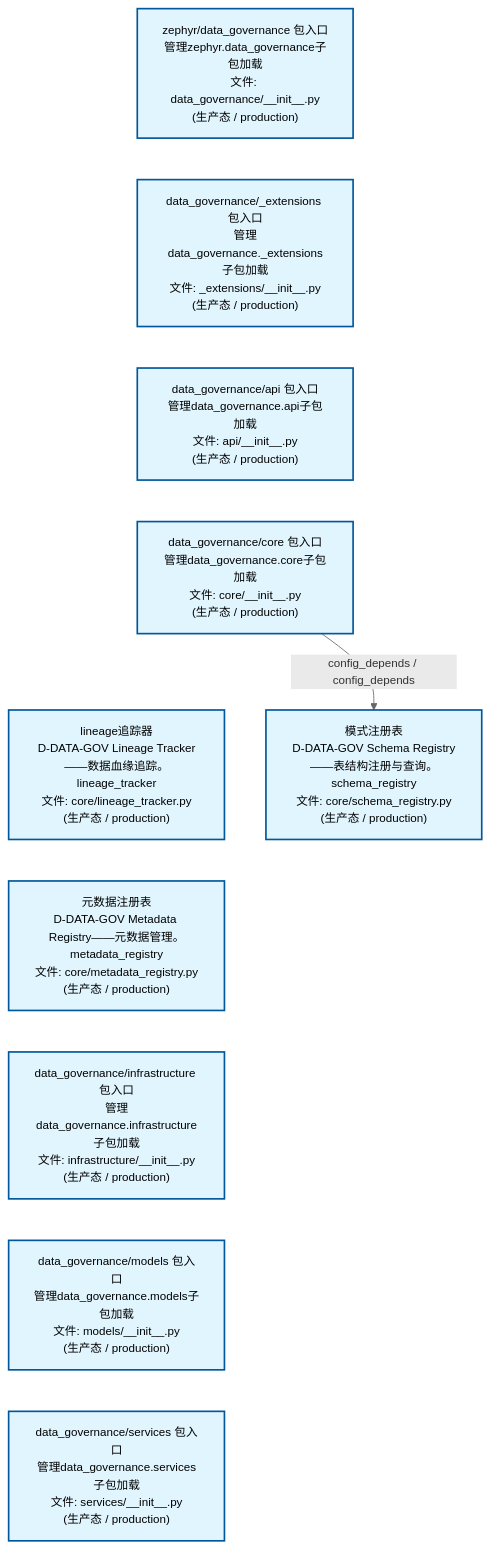
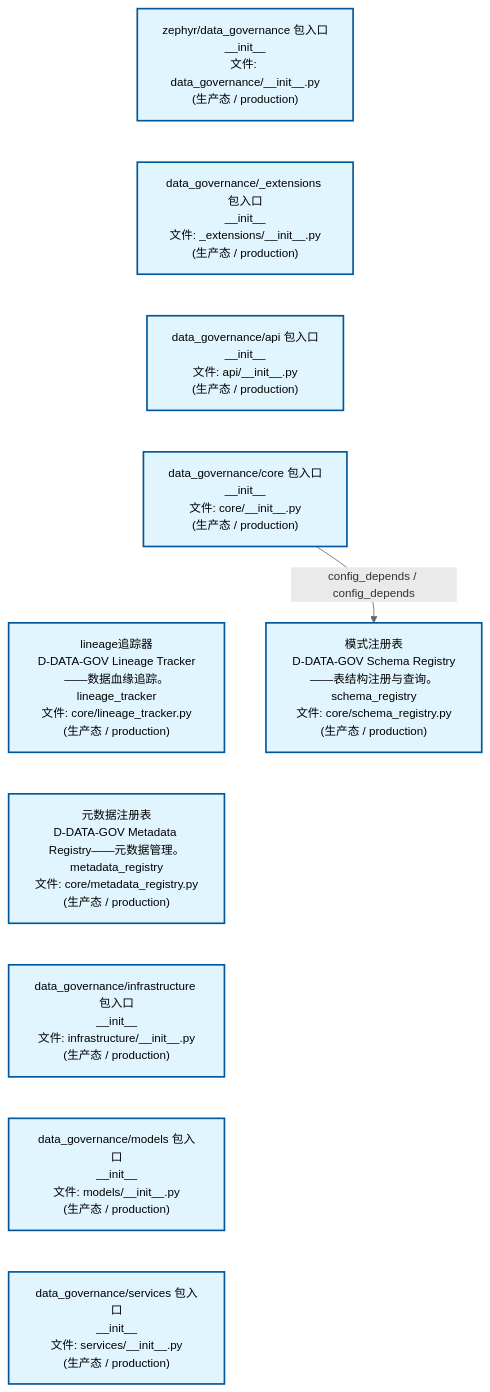
Before and after one commit to xuanFelixVan/ZephyrAlpha: the first of 2 diagrams in docs/02_enterprise_architecture/02_domain_architecture_docs/13_d_data_gov.md, drawn with Mermaid. The commit also changed other lines of this file and 56 other files, not shown here.

````diff
--- a/docs/02_enterprise_architecture/02_domain_architecture_docs/13_d_data_gov.md
+++ b/docs/02_enterprise_architecture/02_domain_architecture_docs/13_d_data_gov.md
@@ -53,28 +53,28 @@
 ```mermaid
 %%{init: {'theme': 'base', 'themeVariables': {'primaryColor': '#eaeaea', 'primaryTextColor': '#333333', 'primaryBorderColor': '#666666', 'lineColor': '#666666', 'secondaryColor': '#eaeaea', 'tertiaryColor': '#eaeaea', 'fontSize': '14px'}}}%%
 flowchart TD
-    src_zephyr_data_governance_init_py["zephyr/data_governance 包入口<br/>管理zephyr.data_governance子包加载<br/>文件: data_governance/__init__.py<br/>(生产态 / production)"]
-    src_zephyr_data_governance_extensions_init_py["data_governance/_extensions 包入口<br/>管理data_governance._extensions子包加载<br/>文件: _extensions/__init__.py<br/>(生产态 / production)"]
-    src_zephyr_data_governance_api_init_py["data_governance/api 包入口<br/>管理data_governance.api子包加载<br/>文件: api/__init__.py<br/>(生产态 / production)"]
-    src_zephyr_data_governance_core_init_py["data_governance/core 包入口<br/>管理data_governance.core子包加载<br/>文件: core/__init__.py<br/>(生产态 / production)"]
+    src_zephyr_data_governance_init_py["zephyr/data_governance 包入口<br/>__init__<br/>文件: data_governance/__init__.py<br/>(生产态 / production)"]
+    src_zephyr_data_governance_extensions_init_py["data_governance/_extensions 包入口<br/>__init__<br/>文件: _extensions/__init__.py<br/>(生产态 / production)"]
+    src_zephyr_data_governance_api_init_py["data_governance/api 包入口<br/>__init__<br/>文件: api/__init__.py<br/>(生产态 / production)"]
+    src_zephyr_data_governance_core_init_py["data_governance/core 包入口<br/>__init__<br/>文件: core/__init__.py<br/>(生产态 / production)"]
     src_zephyr_data_governance_core_lineage_tracker_py["lineage追踪器<br/>D-DATA-GOV Lineage Tracker——数据血缘追踪。<br/>lineage_tracker<br/>文件: core/lineage_tracker.py<br/>(生产态 / production)"]
     src_zephyr_data_governance_core_metadata_registry_py["元数据注册表<br/>D-DATA-GOV Metadata Registry——元数据管理。<br/>metadata_registry<br/>文件: core/metadata_registry.py<br/>(生产态 / production)"]
-    src_zephyr_data_governance_infrastructure_init_py["data_governance/infrastructure 包入口<br/>管理data_governance.infrastructure子包加载<br/>文件: infrastructure/__init__.py<br/>(生产态 / production)"]
-    src_zephyr_data_governance_models_init_py["data_governance/models 包入口<br/>管理data_governance.models子包加载<br/>文件: models/__init__.py<br/>(生产态 / production)"]
-    src_zephyr_data_governance_services_init_py["data_governance/services 包入口<br/>管理data_governance.services子包加载<br/>文件: services/__init__.py<br/>(生产态 / production)"]
+    src_zephyr_data_governance_infrastructure_init_py["data_governance/infrastructure 包入口<br/>__init__<br/>文件: infrastructure/__init__.py<br/>(生产态 / production)"]
+    src_zephyr_data_governance_models_init_py["data_governance/models 包入口<br/>__init__<br/>文件: models/__init__.py<br/>(生产态 / production)"]
+    src_zephyr_data_governance_services_init_py["data_governance/services 包入口<br/>__init__<br/>文件: services/__init__.py<br/>(生产态 / production)"]
     src_zephyr_data_governance_init_py ~~~ src_zephyr_data_governance_extensions_init_py
     src_zephyr_data_governance_extensions_init_py ~~~ src_zephyr_data_governance_api_init_py
     src_zephyr_data_governance_api_init_py ~~~ src_zephyr_data_governance_core_init_py
     src_zephyr_data_governance_core_init_py ~~~ src_zephyr_data_governance_core_lineage_tracker_py
     src_zephyr_data_governance_core_lineage_tracker_py ~~~ src_zephyr_data_governance_core_metadata_registry_py
     src_zephyr_data_governance_core_metadata_registry_py ~~~ src_zephyr_data_governance_infrastructure_init_py
     src_zephyr_data_governance_infrastructure_init_py ~~~ src_zephyr_data_governance_models_init_py
     src_zephyr_data_governance_models_init_py ~~~ src_zephyr_data_governance_services_init_py
     src_zephyr_data_governance_core_schema_registry_py["模式注册表<br/>D-DATA-GOV Schema Registry——表结构注册与查询。<br/>schema_registry<br/>文件: core/schema_registry.py<br/>(生产态 / production)"]
     src_zephyr_data_governance_core_init_py -->|config_depends / config_depends| src_zephyr_data_governance_core_schema_registry_py
     classDef production fill:#e1f5fe,stroke:#01579b,stroke-width:2px,color:#000
     classDef design fill:#fff3e0,stroke:#e65100,stroke-width:2px,color:#000,stroke-dasharray: 5 5
     classDef external_prod fill:#e8f4fd,stroke:#0277bd,stroke-width:1px,color:#000
     classDef external_design fill:#fff8e7,stroke:#ef6c00,stroke-width:1px,color:#000,stroke-dasharray: 5 5
     class src_zephyr_data_governance_init_py,src_zephyr_data_governance_extensions_init_py,src_zephyr_data_governance_api_init_py,src_zephyr_data_governance_core_init_py,src_zephyr_data_governance_core_lineage_tracker_py,src_zephyr_data_governance_core_metadata_registry_py,src_zephyr_data_governance_core_schema_registry_py,src_zephyr_data_governance_infrastructure_init_py,src_zephyr_data_governance_models_init_py,src_zephyr_data_governance_services_init_py production
 ```
````
